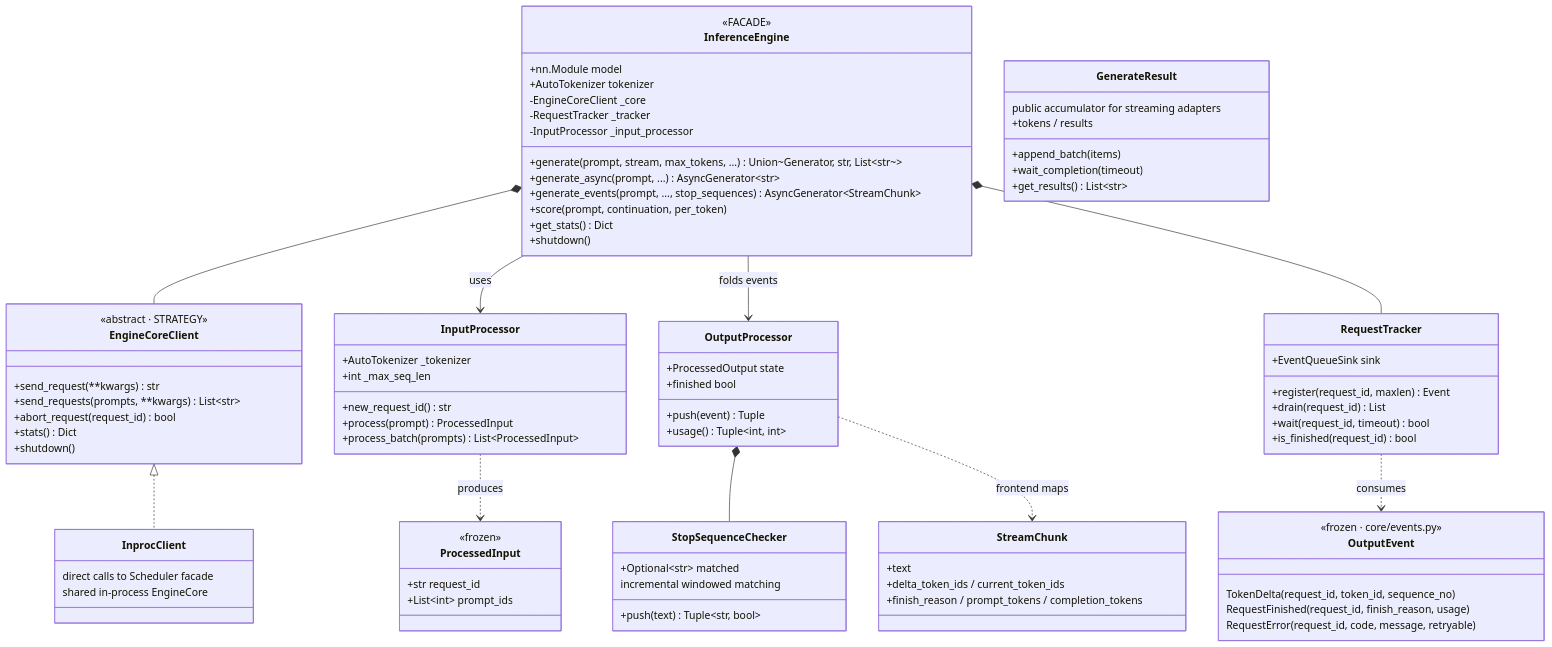
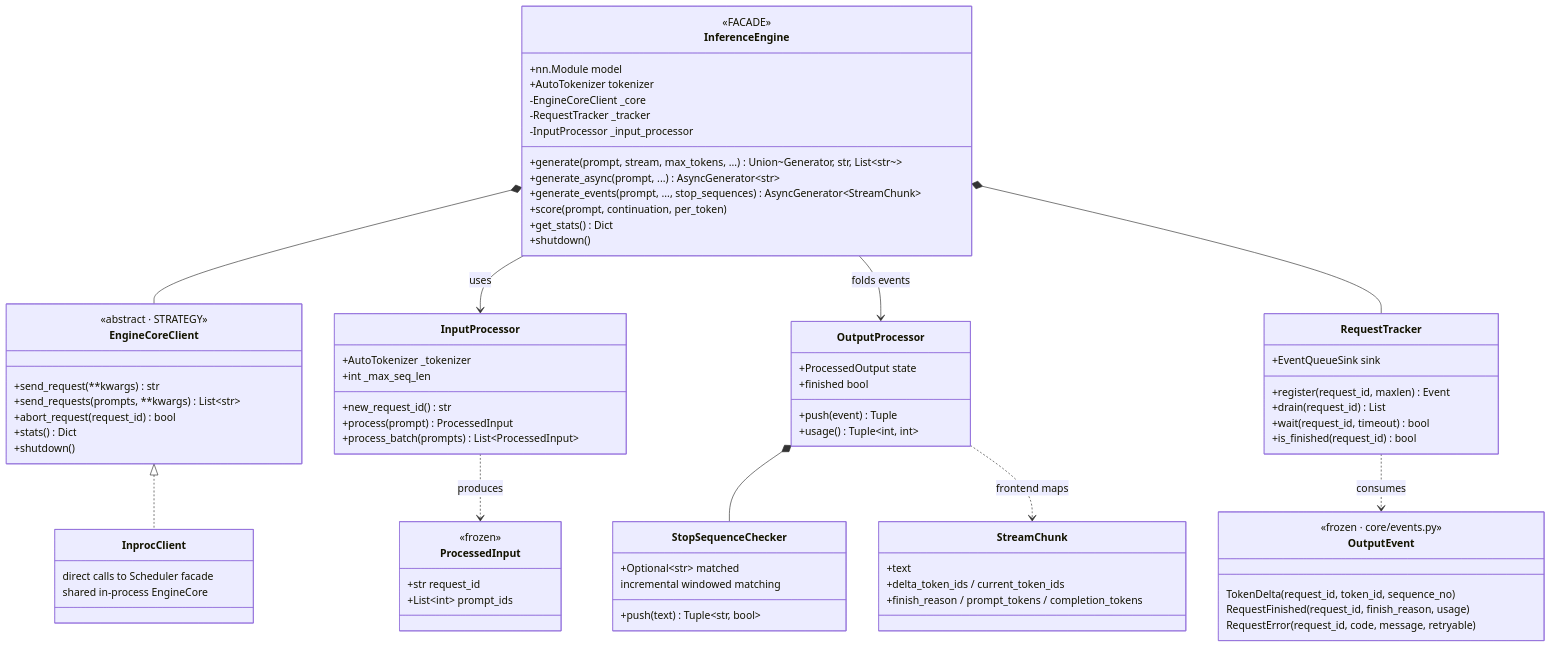
Before and after one commit to 0z5a/AstrAI: the diagram in docs/developer/inference/frontend.md, drawn with Mermaid. The commit also changed 3 other files, not shown here.

```diff
--- a/docs/developer/inference/frontend.md
+++ b/docs/developer/inference/frontend.md
@@ -69,13 +69,6 @@
         +wait(request_id, timeout) bool
         +is_finished(request_id) bool
     }
-    class GenerateResult {
-        public accumulator for streaming adapters
-        +tokens / results
-        +append_batch(items)
-        +wait_completion(timeout)
-        +get_results() List~str~
-    }
     class OutputEvent {
         <<frozen · core/events.py>>
         TokenDelta(request_id, token_id, sequence_no)
```
